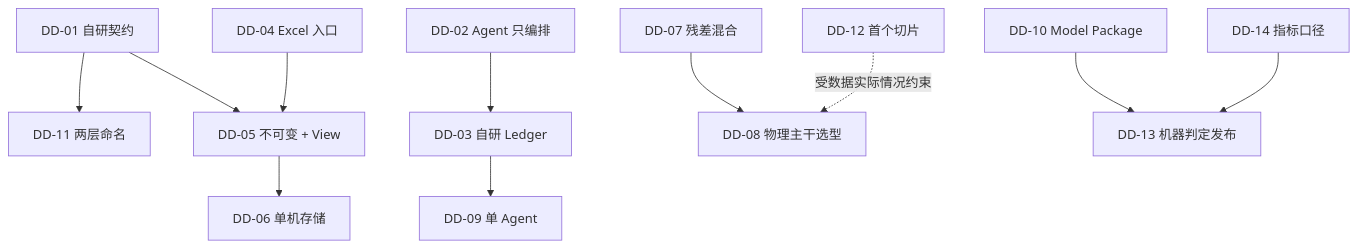
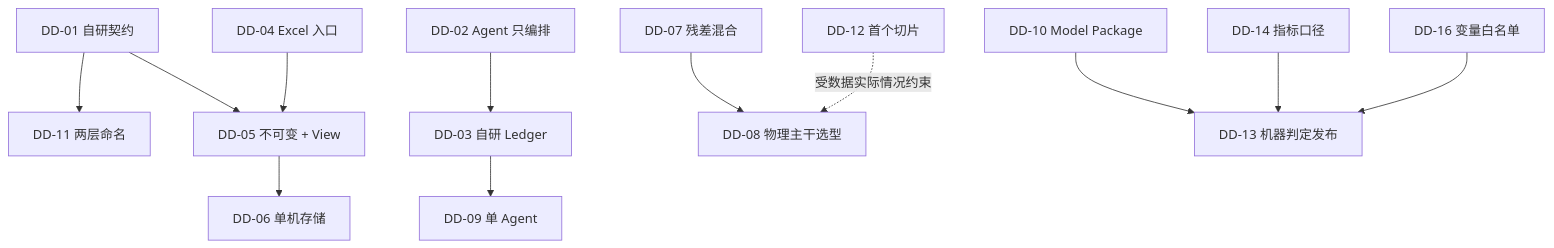
Before and after one commit to 66-zhimeng/ThermoForge: the diagram in docs/design-decisions.md, drawn with Mermaid. The commit also changed other lines of this file and 3 other files, not shown here.

````diff
--- a/docs/design-decisions.md
+++ b/docs/design-decisions.md
@@ -295,13 +319,14 @@
 ```mermaid
 flowchart TD
     DD01["DD-01 自研契约"] --> DD11["DD-11 两层命名"]
     DD01 --> DD05["DD-05 不可变 + View"]
     DD04["DD-04 Excel 入口"] --> DD05
     DD05 --> DD06["DD-06 单机存储"]
     DD02["DD-02 Agent 只编排"] --> DD03["DD-03 自研 Ledger"]
     DD03 --> DD09["DD-09 单 Agent"]
     DD07["DD-07 残差混合"] --> DD08["DD-08 物理主干选型"]
     DD10["DD-10 Model Package"] --> DD13["DD-13 机器判定发布"]
     DD14["DD-14 指标口径"] --> DD13
     DD12["DD-12 首个切片"] -.受数据实际情况约束.-> DD08
+    DD16["DD-16 变量白名单"] --> DD13
 ```
````
